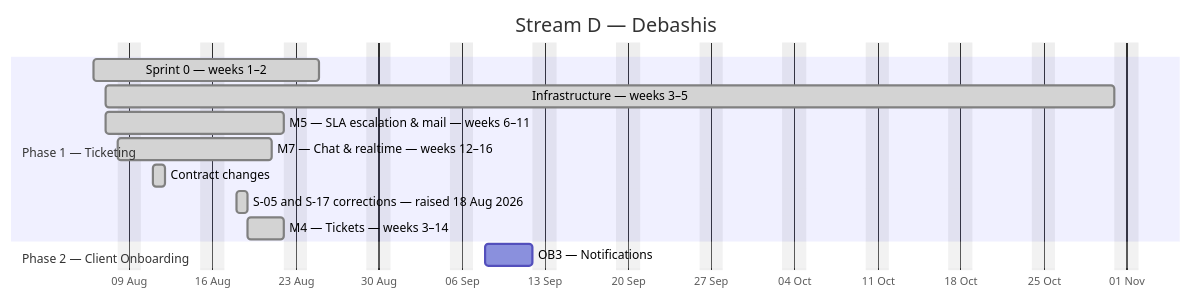
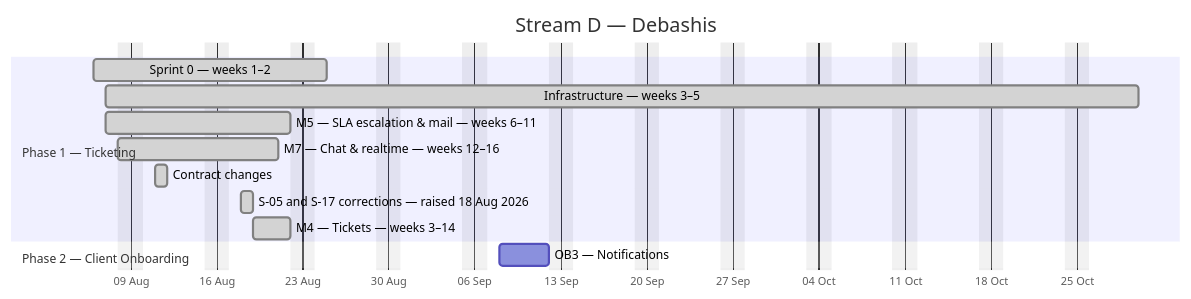
One commit to debashisedunext/EduTrack changed the fourth of 4 diagrams in docs/plan/GANTT.md. Above: the diagram before and after it, drawn with Mermaid. The commit also changed other lines of this file and 2 other files, not shown here.

````diff
--- a/docs/plan/GANTT.md
+++ b/docs/plan/GANTT.md
@@ -188,17 +188,17 @@
 ```mermaid
 gantt
     dateFormat YYYY-MM-DD
     axisFormat %d %b
     title Stream D — Debashis
     excludes weekends
     section Phase 1 — Ticketing
     Sprint 0 — weeks 1–2 :done, d0, 2026-08-06, 13d
-    Infrastructure — weeks 3–5 :done, d1, 2026-08-07, 61d
+    Infrastructure — weeks 3–5 :done, d1, 2026-08-07, 60d
     M5 — SLA  escalation & mail — weeks 6–11 :done, d2, 2026-08-07, 11d
     M7 — Chat & realtime — weeks 12–16 :done, d3, 2026-08-08, 10d
     Contract changes :done, d4, 2026-08-11, 1d
     S-05 and S-17 corrections — raised 18 Aug 2026 :done, d5, 2026-08-18, 1d
     M4 — Tickets — weeks 3–14 :done, d6, 2026-08-19, 3d
     section Phase 2 — Client Onboarding
     OB3 — Notifications :d7, 2026-09-08, 4d
 ```
````
